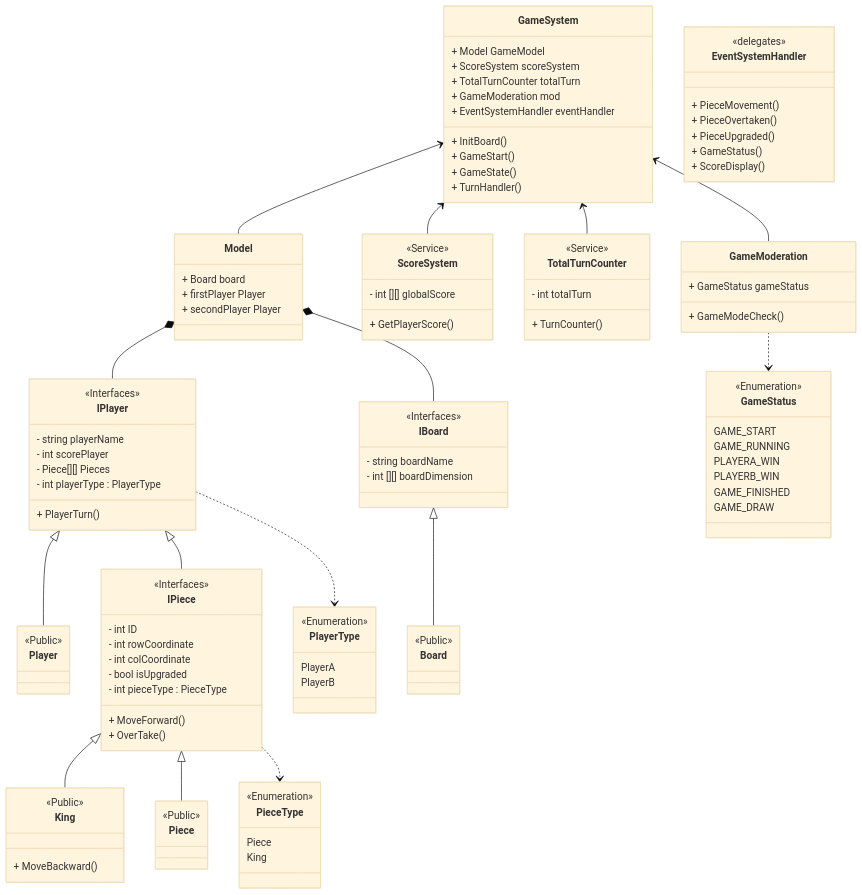
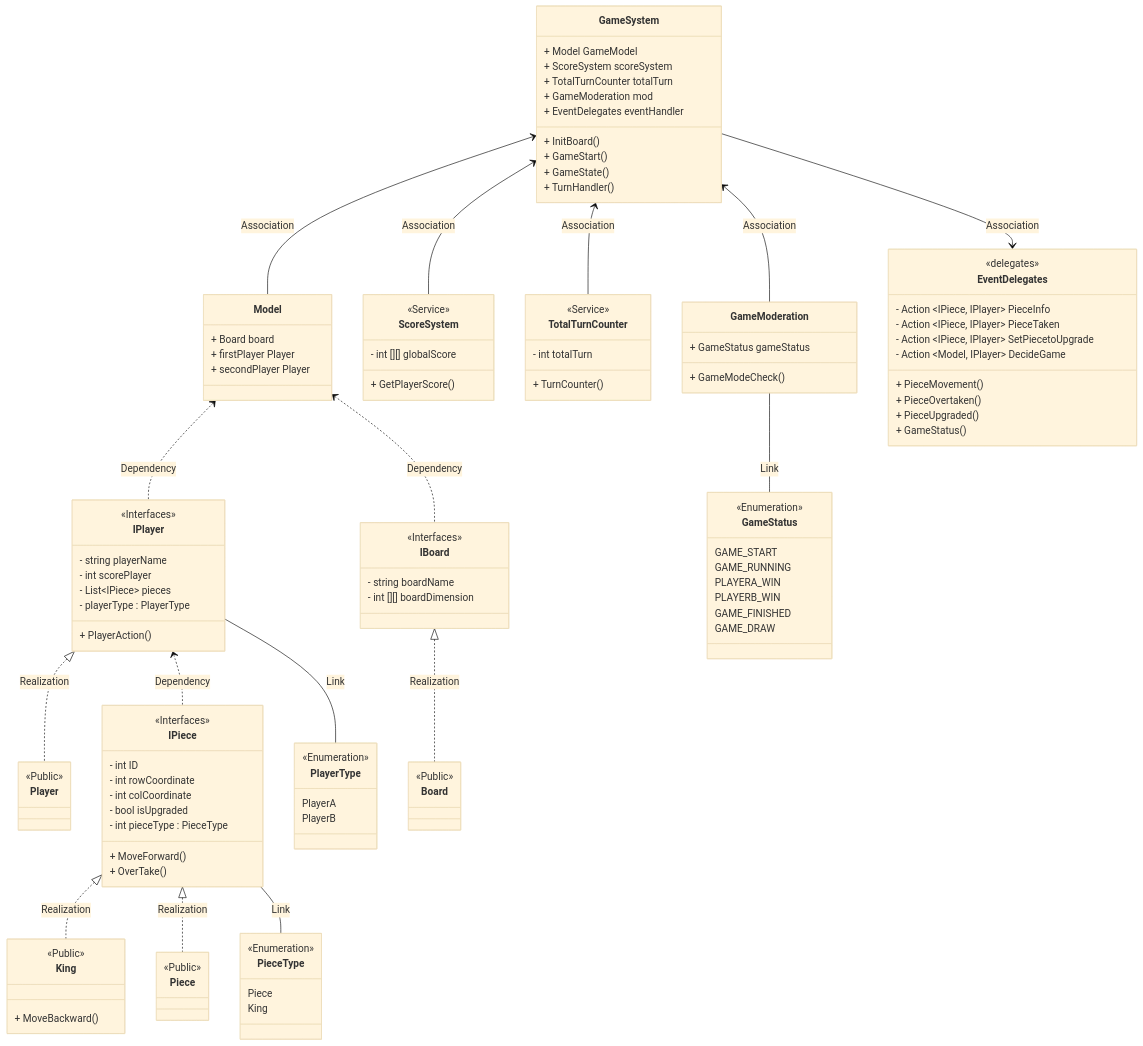
One commit to WallNutss/SEFormulatrix_Bootcamp changed the diagram in Day 7/Project Checker/classDiagram.md. Above: the diagram before and after it, drawn with Mermaid (base theme). The commit also changed 2 other files, not shown here.

Commit message:
third revision for implementing relationship between classes and adding delegation claass

```diff
--- a/Day 7/Project Checker/classDiagram.md
+++ b/Day 7/Project Checker/classDiagram.md
@@ -3,26 +3,30 @@
     %% OOP Structure
 
     %% Big Parent Class inherit Interface
-    IPiece <|-- King
-    IPiece <|-- Piece
-    IPlayer <|-- Player
-    IPlayer <|-- IPiece
-    IBoard <|-- Board
+    IPiece <|.. King : Realization
+    IPiece <|.. Piece : Realization
+    IPlayer <|.. Player : Realization
+    IPlayer <.. IPiece : Dependency
+    IBoard <|.. Board : Realization
 
     %% Instantiating Class Relation
-    Model *-- IPlayer
-    Model *-- IBoard
+    Model <.. IPlayer : Dependency
+    Model <.. IBoard : Dependency
 
     %% Relation to GameSystem
-    GameSystem <-- Model
-    GameSystem <-- ScoreSystem
-    GameSystem <-- TotalTurnCounter
-    GameSystem <-- GameModeration
+    GameSystem <-- Model : Association
+    GameSystem <-- ScoreSystem : Association
+    GameSystem <-- TotalTurnCounter : Association
+    GameSystem <-- GameModeration : Association
+    %% Delegates to the Main Program
+    GameSystem --> EventDelegates : Association
 
     %% Enumeration Relation to Class
-    IPlayer ..> PlayerType 
-    IPiece ..> PieceType
-    GameModeration ..> GameStatus
+    IPlayer -- PlayerType : Link
+    IPiece -- PieceType : Link
+    GameModeration -- GameStatus : Link
+
+
 
     %% MAIN PROGRAM/GAME CONTROLLER
     class Model{
@@ -35,7 +39,7 @@
       + ScoreSystem scoreSystem
       + TotalTurnCounter totalTurn
       + GameModeration mod
-      + EventSystemHandler eventHandler
+      + EventDelegates eventHandler
       + InitBoard()
       + GameStart()
       + GameState()
@@ -63,9 +67,9 @@
       <<Interfaces>>
       - string playerName
       - int scorePlayer
-      - Piece[][] Pieces
-      - int playerType : PlayerType
-      + PlayerTurn()
+      - List~IPiece~ pieces
+      - playerType : PlayerType
+      + PlayerAction()
     }
 
     class IBoard{
@@ -105,13 +109,16 @@
     }
 
     %% Defining Event Handler Delegates
-    class EventSystemHandler{
+    class EventDelegates{
       <<delegates>>
+      - Action ~IPiece, IPlayer~ PieceInfo
+      - Action ~IPiece, IPlayer~ PieceTaken
+      - Action ~IPiece, IPlayer~ SetPiecetoUpgrade
+      - Action ~Model, IPlayer~ DecideGame
       + PieceMovement()
       + PieceOvertaken()
       + PieceUpgraded()
       + GameStatus()
-      + ScoreDisplay()
     }
 
     %% Defining Enums//Game Status
```
